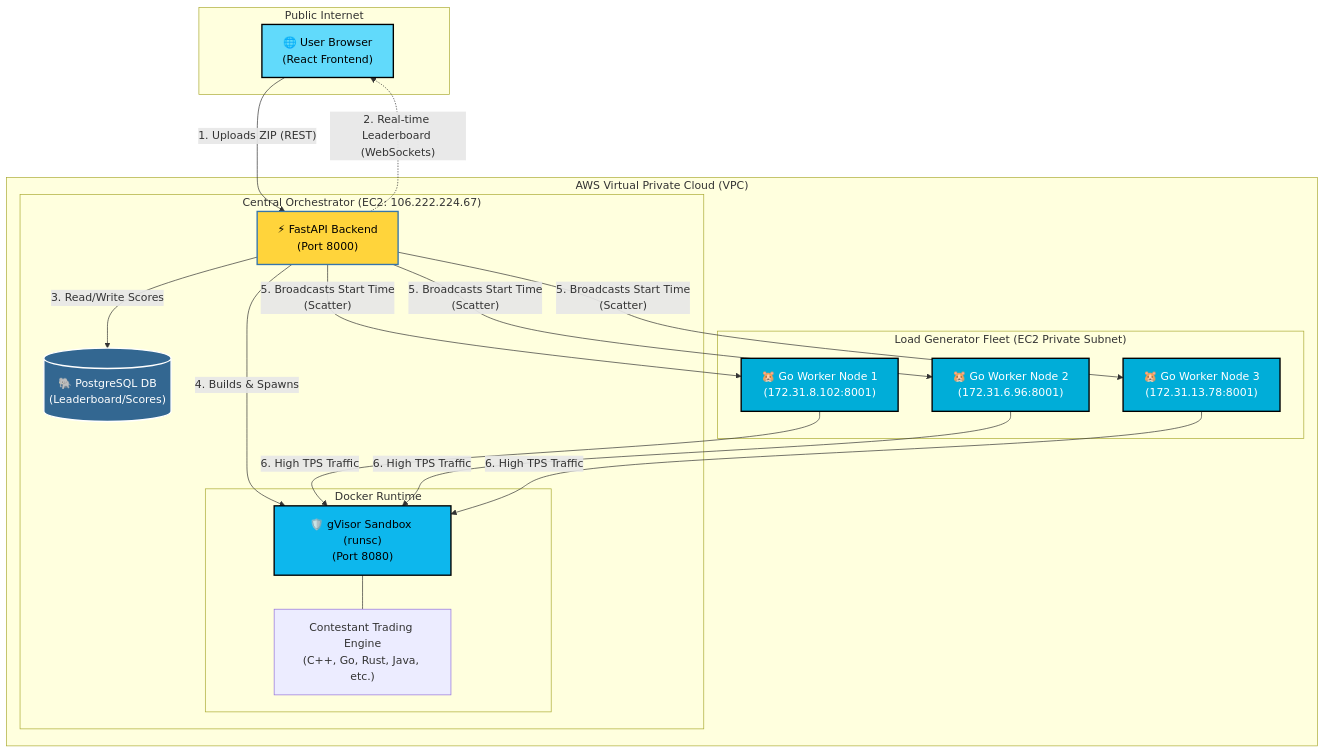
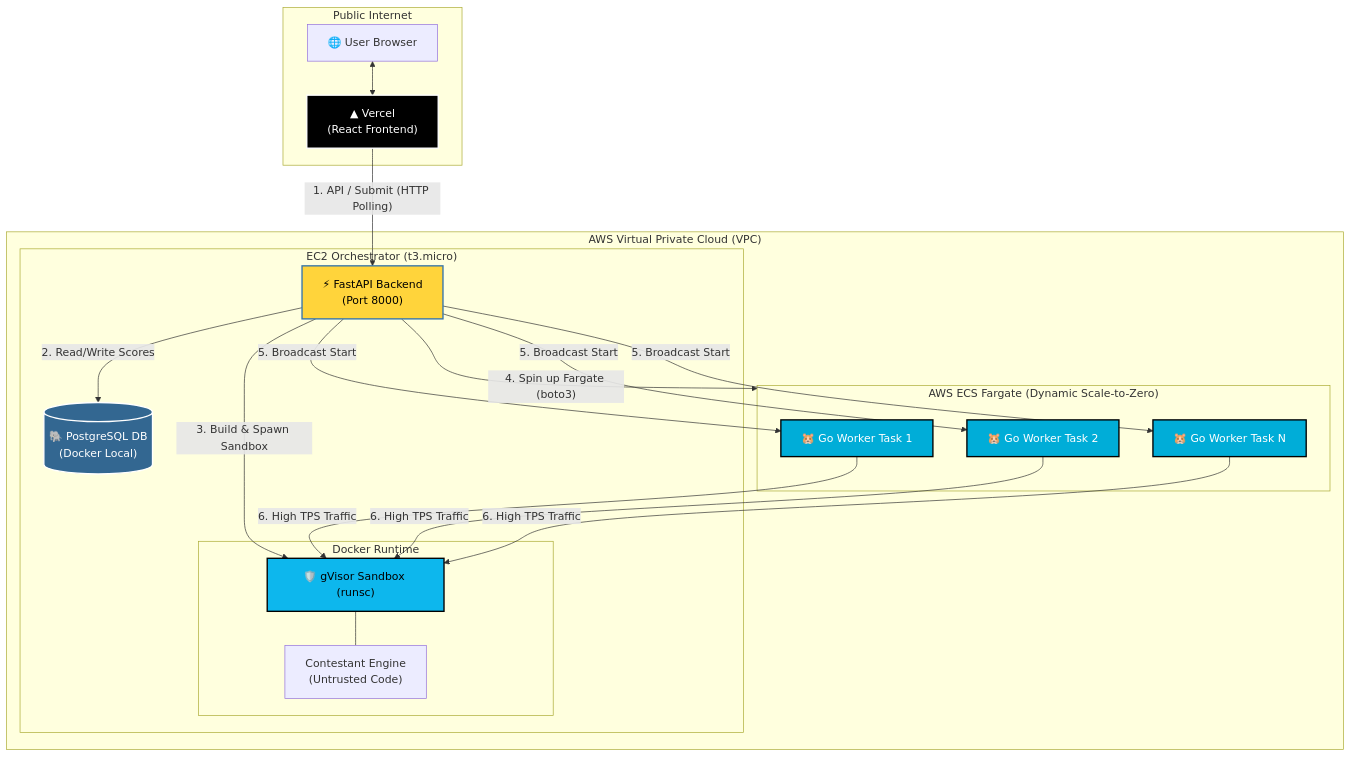
One commit to Abh-igyan/Vahini changed the first of 2 diagrams in README.md. Above: the diagram before and after it, drawn with Mermaid. The commit also changed other lines of this file and 15 other files, not shown here.

Commit message:
feat: integrate vercel HTTP polling and ECS Fargate Scale-to-Zero architecture

````diff
--- a/README.md
+++ b/README.md
@@ -19,48 +19,50 @@
 ```mermaid
 flowchart TB
     %% Styling
-    classDef frontend fill:#61dafb,stroke:#000,stroke-width:2px,color:#000
+    classDef frontend fill:#000,stroke:#fff,stroke-width:2px,color:#fff
     classDef python fill:#ffd43b,stroke:#3776ab,stroke-width:2px,color:#000
     classDef db fill:#336791,stroke:#fff,stroke-width:2px,color:#fff
     classDef go fill:#00add8,stroke:#000,stroke-width:2px,color:#fff
     classDef docker fill:#0db7ed,stroke:#000,stroke-width:2px,color:#000
     classDef aws fill:#ff9900,stroke:#232f3e,stroke-width:2px,color:#000
 
     subgraph Internet ["Public Internet"]
-        UserBrowser["🌐 User Browser\n(React Frontend)"]:::frontend
+        UserBrowser["🌐 User Browser"]
+        VercelFrontend["▲ Vercel\n(React Frontend)"]:::frontend
+        UserBrowser <--> VercelFrontend
     end
 
     subgraph AWS ["AWS Virtual Private Cloud (VPC)"]
-        subgraph OrchestratorNode ["Central Orchestrator (EC2: 106.222.224.67)"]
+        subgraph OrchestratorNode ["EC2 Orchestrator (t3.micro)"]
             FastAPI["⚡ FastAPI Backend\n(Port 8000)"]:::python
-            Postgres[("🐘 PostgreSQL DB\n(Leaderboard/Scores)")]:::db
+            Postgres[("🐘 PostgreSQL DB\n(Docker Local)")]:::db
             
             subgraph DockerEnv ["Docker Runtime"]
-                gVisor["🛡️ gVisor Sandbox (runsc)\n(Port 8080)"]:::docker
-                ContestantCode["Contestant Trading Engine\n(C++, Go, Rust, Java, etc.)"]
+                gVisor["🛡️ gVisor Sandbox (runsc)"]:::docker
+                ContestantCode["Contestant Engine\n(Untrusted Code)"]
                 gVisor --- ContestantCode
             end
         end
 
-        subgraph WorkerFleet ["Load Generator Fleet (EC2 Private Subnet)"]
-            GoWorker1["🐹 Go Worker Node 1\n(172.31.8.102:8001)"]:::go
-            GoWorker2["🐹 Go Worker Node 2\n(172.31.6.96:8001)"]:::go
-            GoWorker3["🐹 Go Worker Node 3\n(172.31.13.78:8001)"]:::go
+        subgraph WorkerFleet ["AWS ECS Fargate (Dynamic Scale-to-Zero)"]
+            Fargate1["🐹 Go Worker Task 1"]:::go
+            Fargate2["🐹 Go Worker Task 2"]:::go
+            Fargate3["🐹 Go Worker Task N"]:::go
         end
     end
 
     %% Relationships
-    UserBrowser -- "1. Uploads ZIP (REST)" --> FastAPI
-    FastAPI -. "2. Real-time Leaderboard (WebSockets)" .-> UserBrowser
+    VercelFrontend -- "1. API / Submit (HTTP Polling)" --> FastAPI
     
-    FastAPI -- "3. Read/Write Scores" --> Postgres
-    FastAPI -- "4. Builds & Spawns" --> gVisor
+    FastAPI -- "2. Read/Write Scores" --> Postgres
+    FastAPI -- "3. Build & Spawn Sandbox" --> gVisor
     
-    FastAPI -- "5. Broadcasts Start Time\n(Scatter)" --> GoWorker1
-    FastAPI -- "5. Broadcasts Start Time\n(Scatter)" --> GoWorker2
-    FastAPI -- "5. Broadcasts Start Time\n(Scatter)" --> GoWorker3
+    FastAPI -- "4. Spin up Fargate (boto3)" --> WorkerFleet
+    FastAPI -- "5. Broadcast Start" --> Fargate1
+    FastAPI -- "5. Broadcast Start" --> Fargate2
+    FastAPI -- "5. Broadcast Start" --> Fargate3
 
-    GoWorker1 -- "6. High TPS Traffic" --> gVisor
-    GoWorker2 -- "6. High TPS Traffic" --> gVisor
-    GoWorker3 -- "6. High TPS Traffic" --> gVisor
+    Fargate1 -- "6. High TPS Traffic" --> gVisor
+    Fargate2 -- "6. High TPS Traffic" --> gVisor
+    Fargate3 -- "6. High TPS Traffic" --> gVisor
 ```
````
